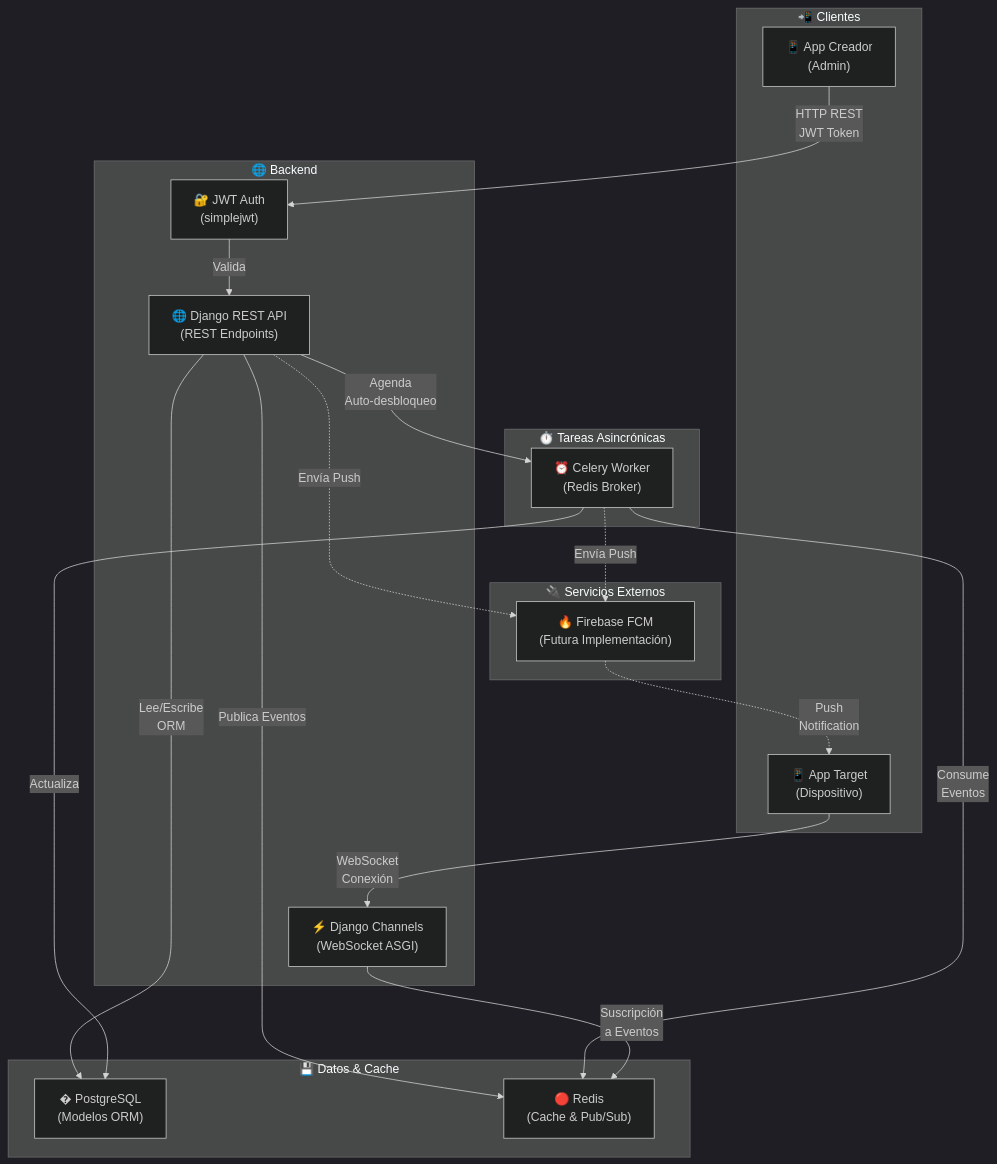
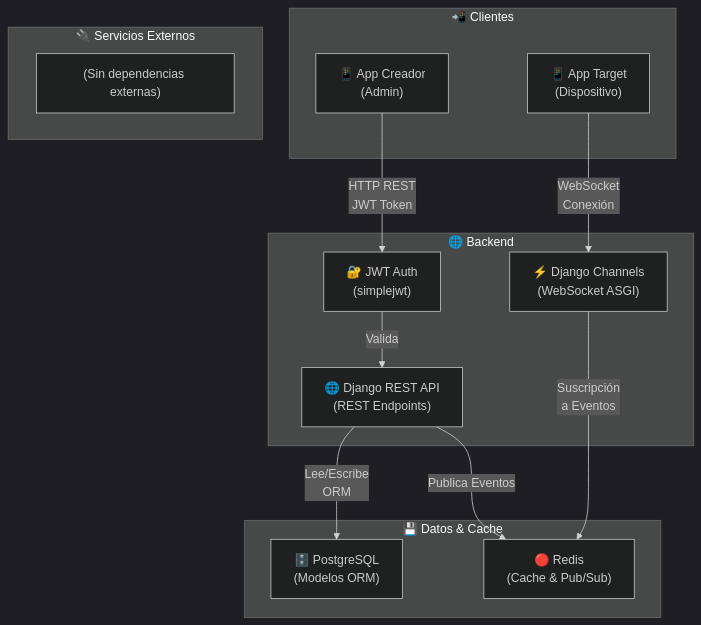
Before and after one commit to JORGUINHO98/secure-lock: the first of 4 diagrams in README.md, drawn with Mermaid (dark theme). The commit also changed other lines of this file and 12 other files, not shown here.

````diff
--- a/README.md
+++ b/README.md
@@ -27,46 +25,34 @@
 ```mermaid
 graph TB
     subgraph Clientes["📲 Clientes"]
         C["📱 App Creador<br/>(Admin)"]
         T["📱 App Target<br/>(Dispositivo)"]
     end
     
     subgraph Backend["🌐 Backend"]
         API["🌐 Django REST API<br/>(REST Endpoints)"]
         WS["⚡ Django Channels<br/>(WebSocket ASGI)"]
         AUTH["🔐 JWT Auth<br/>(simplejwt)"]
     end
 
-    subgraph Workers["⏱️ Tareas Asincrónicas"]
-        Celery["⏰ Celery Worker<br/>(Redis Broker)"]
-    end
-
     subgraph Data["💾 Datos & Cache"]
-        DB["� PostgreSQL<br/>(Modelos ORM)"]
+        DB["🗄️ PostgreSQL<br/>(Modelos ORM)"]
         Redis["🔴 Redis<br/>(Cache & Pub/Sub)"]
     end
 
     subgraph External["🔌 Servicios Externos"]
-        FCM["🔥 Firebase FCM<br/>(Futura Implementación)"]
+        EMPTY["(Sin dependencias externas)"]
     end
 
     %% Relaciones del Creador
     C -->|HTTP REST<br/>JWT Token| AUTH
     AUTH -->|Valida| API
     
     %% Lógica de la API
     API -->|Lee/Escribe<br/>ORM| DB
     API -->|Publica Eventos| Redis
-    API -->|Agenda<br/>Auto-desbloqueo| Celery
-    API -.->|Envía Push| FCM
-    
-    %% Tareas Asíncronas
-    Celery -->|Consume<br/>Eventos| Redis
-    Celery -->|Actualiza| DB
-    Celery -.->|Envía Push| FCM
-    
+
     %% Relaciones del Target
     T -->|WebSocket<br/>Conexión| WS
     WS -->|Suscripción<br/>a Eventos| Redis
-    FCM -.->|Push<br/>Notification| T
 ```
````
